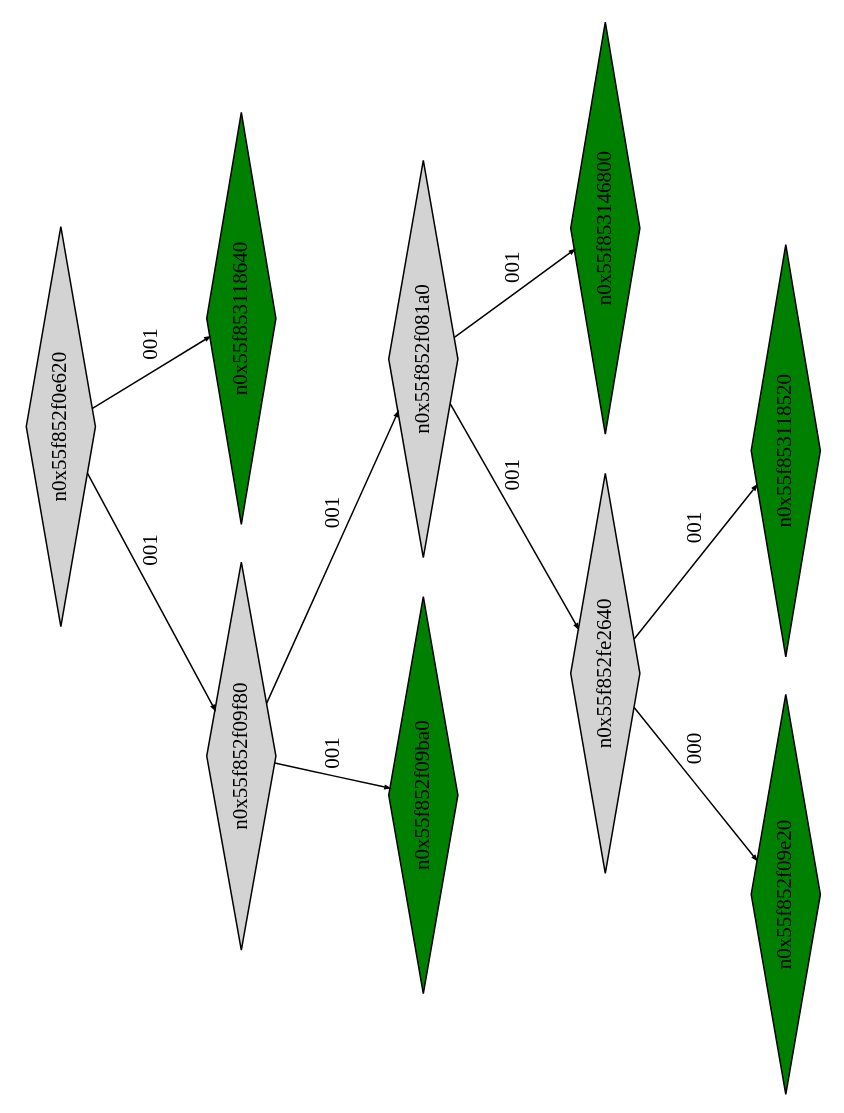
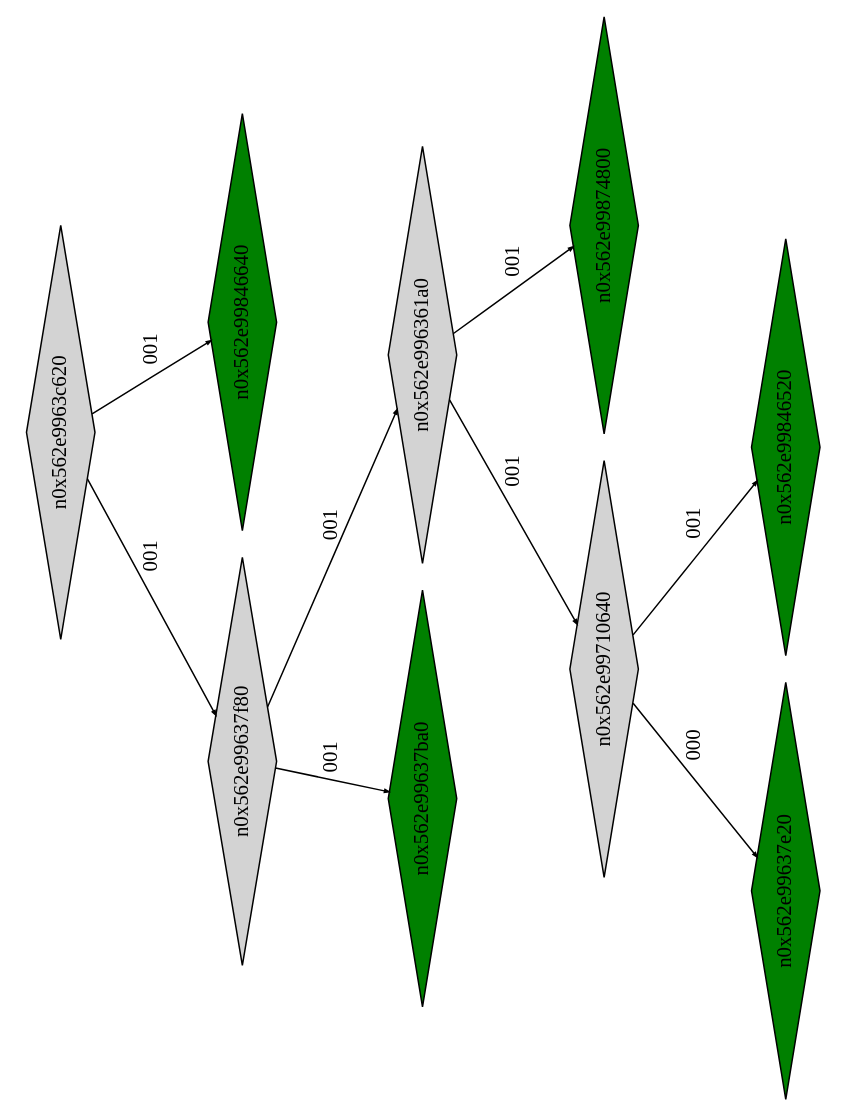
Before and after one commit to Research-Tools-PAVT/PSE-Program-Examples: the diagram in example3_klee_out/ptree_00000338.dot, drawn with Graphviz. The commit also changed 51 other files, not shown here.

```diff
--- a/example3_klee_out/ptree_00000338.dot
+++ b/example3_klee_out/ptree_00000338.dot
@@ -1,25 +1,25 @@
 digraph G {
 	size="10,7.5";
 	ratio=fill;
 	rotate=90;
 	center = "true";
 	node [style="filled",width=.1,height=.1,fontname="Terminus"]
 	edge [arrowsize=.3]
-	n0x55f852f0e620 [shape=diamond];
-	n0x55f852f0e620 -> n0x55f852f09f80 [label=001];
-	n0x55f852f0e620 -> n0x55f853118640 [label=001];
-	n0x55f853118640 [shape=diamond,fillcolor=green];
-	n0x55f852f09f80 [shape=diamond];
-	n0x55f852f09f80 -> n0x55f852f09ba0 [label=001];
-	n0x55f852f09f80 -> n0x55f852f081a0 [label=001];
-	n0x55f852f081a0 [shape=diamond];
-	n0x55f852f081a0 -> n0x55f852fe2640 [label=001];
-	n0x55f852f081a0 -> n0x55f853146800 [label=001];
-	n0x55f853146800 [shape=diamond,fillcolor=green];
-	n0x55f852fe2640 [shape=diamond];
-	n0x55f852fe2640 -> n0x55f852f09e20 [label=000];
-	n0x55f852fe2640 -> n0x55f853118520 [label=001];
-	n0x55f853118520 [shape=diamond,fillcolor=green];
-	n0x55f852f09e20 [shape=diamond,fillcolor=green];
-	n0x55f852f09ba0 [shape=diamond,fillcolor=green];
+	n0x562e9963c620 [shape=diamond];
+	n0x562e9963c620 -> n0x562e99637f80 [label=001];
+	n0x562e9963c620 -> n0x562e99846640 [label=001];
+	n0x562e99846640 [shape=diamond,fillcolor=green];
+	n0x562e99637f80 [shape=diamond];
+	n0x562e99637f80 -> n0x562e99637ba0 [label=001];
+	n0x562e99637f80 -> n0x562e996361a0 [label=001];
+	n0x562e996361a0 [shape=diamond];
+	n0x562e996361a0 -> n0x562e99710640 [label=001];
+	n0x562e996361a0 -> n0x562e99874800 [label=001];
+	n0x562e99874800 [shape=diamond,fillcolor=green];
+	n0x562e99710640 [shape=diamond];
+	n0x562e99710640 -> n0x562e99637e20 [label=000];
+	n0x562e99710640 -> n0x562e99846520 [label=001];
+	n0x562e99846520 [shape=diamond,fillcolor=green];
+	n0x562e99637e20 [shape=diamond,fillcolor=green];
+	n0x562e99637ba0 [shape=diamond,fillcolor=green];
 }
```
